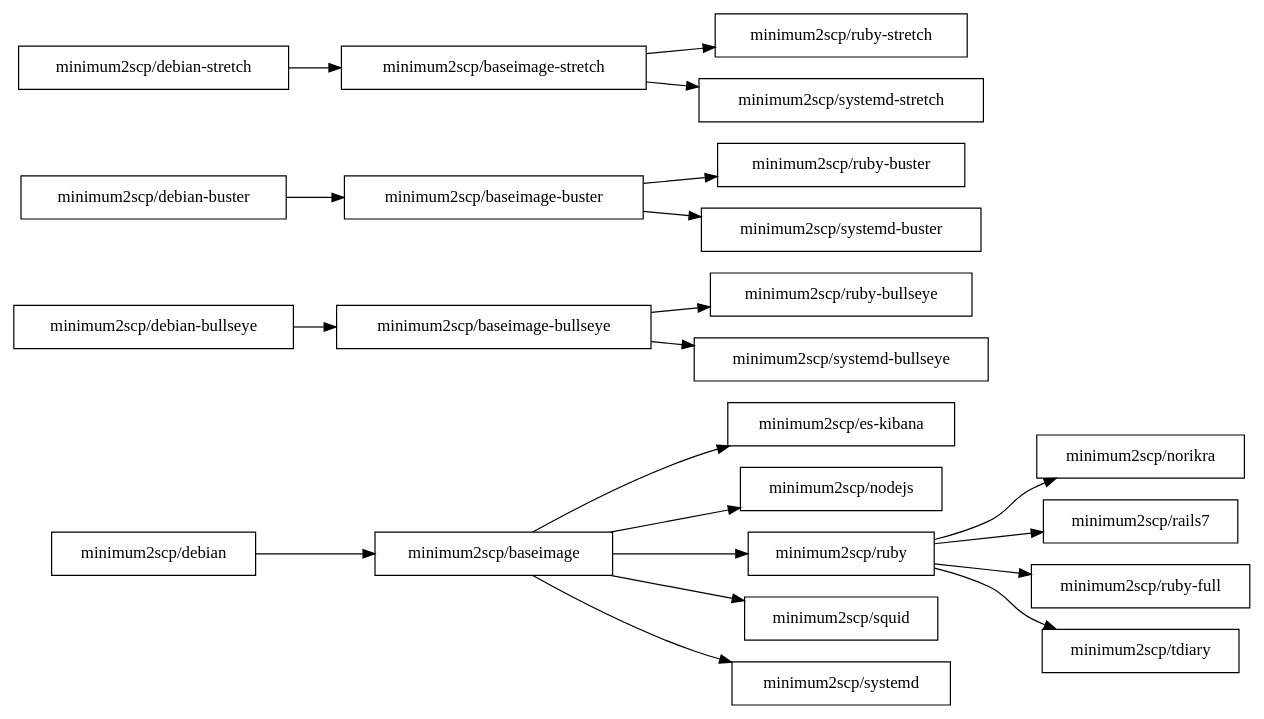
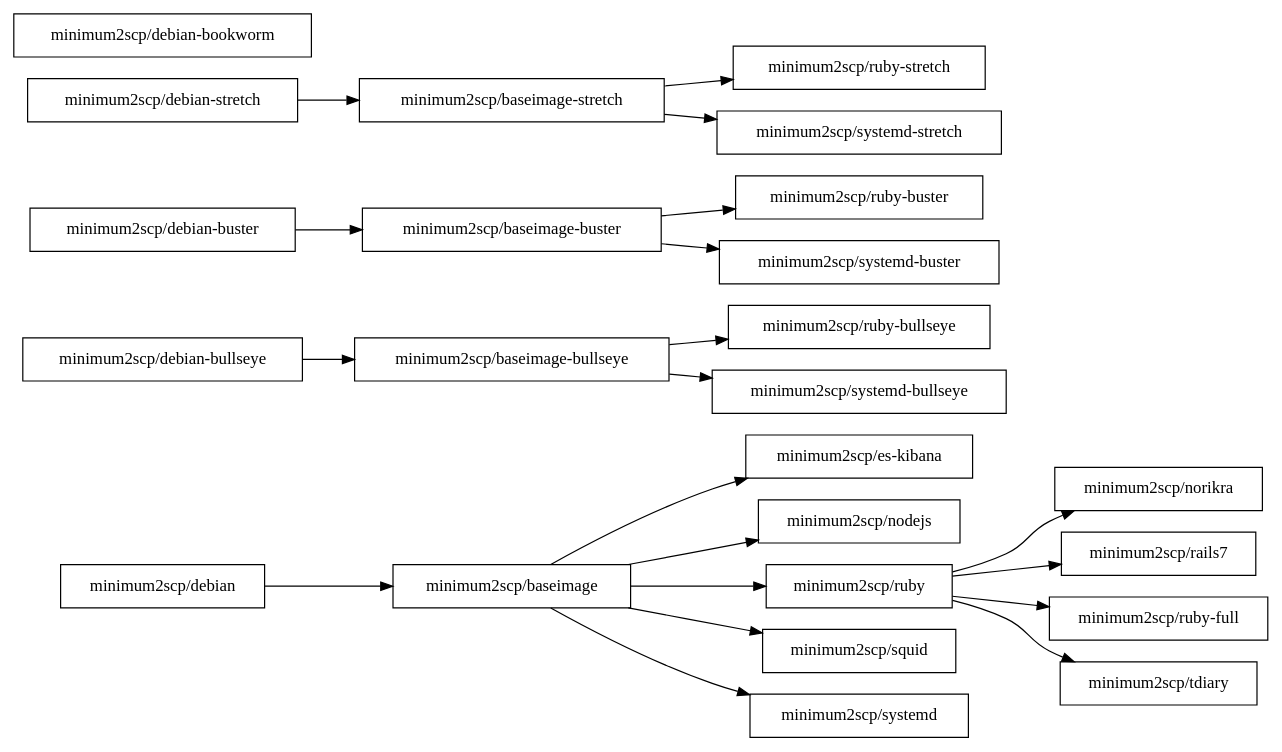
The diagram in deps.dot (minimum2scp/dockerfiles), drawn with Graphviz before and after one commit. The commit also changed 3 other files, not shown here.

Commit message:
Added debian-bookworm image

```diff
--- a/deps.dot
+++ b/deps.dot
@@ -1,49 +1,50 @@
 digraph deps {
   graph [
     rankdir = "LR"
   ];
 
   node [
     shape = "box"
   ];
 
   ratio = auto;
 
   baseimage          [label = "minimum2scp/baseimage"];
   baseimage_bullseye [label = "minimum2scp/baseimage-bullseye"];
   baseimage_buster   [label = "minimum2scp/baseimage-buster"];
   baseimage_stretch  [label = "minimum2scp/baseimage-stretch"];
   debian             [label = "minimum2scp/debian"];
+  debian_bookworm    [label = "minimum2scp/debian-bookworm"];
   debian_bullseye    [label = "minimum2scp/debian-bullseye"];
   debian_buster      [label = "minimum2scp/debian-buster"];
   debian_stretch     [label = "minimum2scp/debian-stretch"];
   es_kibana          [label = "minimum2scp/es-kibana"];
   nodejs             [label = "minimum2scp/nodejs"];
   norikra            [label = "minimum2scp/norikra"];
   rails7             [label = "minimum2scp/rails7"];
   ruby               [label = "minimum2scp/ruby"];
   ruby_bullseye      [label = "minimum2scp/ruby-bullseye"];
   ruby_buster        [label = "minimum2scp/ruby-buster"];
   ruby_full          [label = "minimum2scp/ruby-full"];
   ruby_stretch       [label = "minimum2scp/ruby-stretch"];
   squid              [label = "minimum2scp/squid"];
   systemd            [label = "minimum2scp/systemd"];
   systemd_bullseye   [label = "minimum2scp/systemd-bullseye"];
   systemd_buster     [label = "minimum2scp/systemd-buster"];
   systemd_stretch    [label = "minimum2scp/systemd-stretch"];
   tdiary             [label = "minimum2scp/tdiary"];
 
   debian    -> baseimage;
   baseimage -> {es_kibana, nodejs, ruby, squid, systemd};
   ruby      -> {norikra, rails7, ruby_full, tdiary};
 
   debian_bullseye -> baseimage_bullseye;
   baseimage_bullseye -> {ruby_bullseye, systemd_bullseye};
 
   debian_buster -> baseimage_buster;
   baseimage_buster -> {ruby_buster, systemd_buster};
 
   debian_stretch   -> baseimage_stretch;
   baseimage_stretch -> {systemd_stretch, ruby_stretch};
 
 }
```
